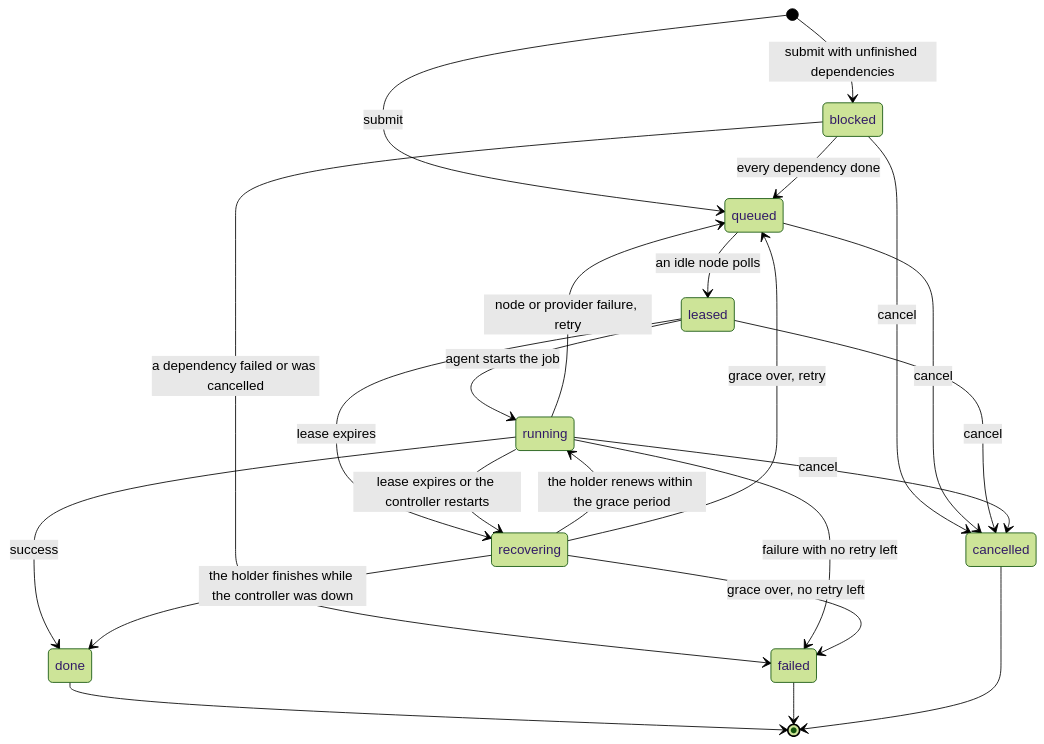
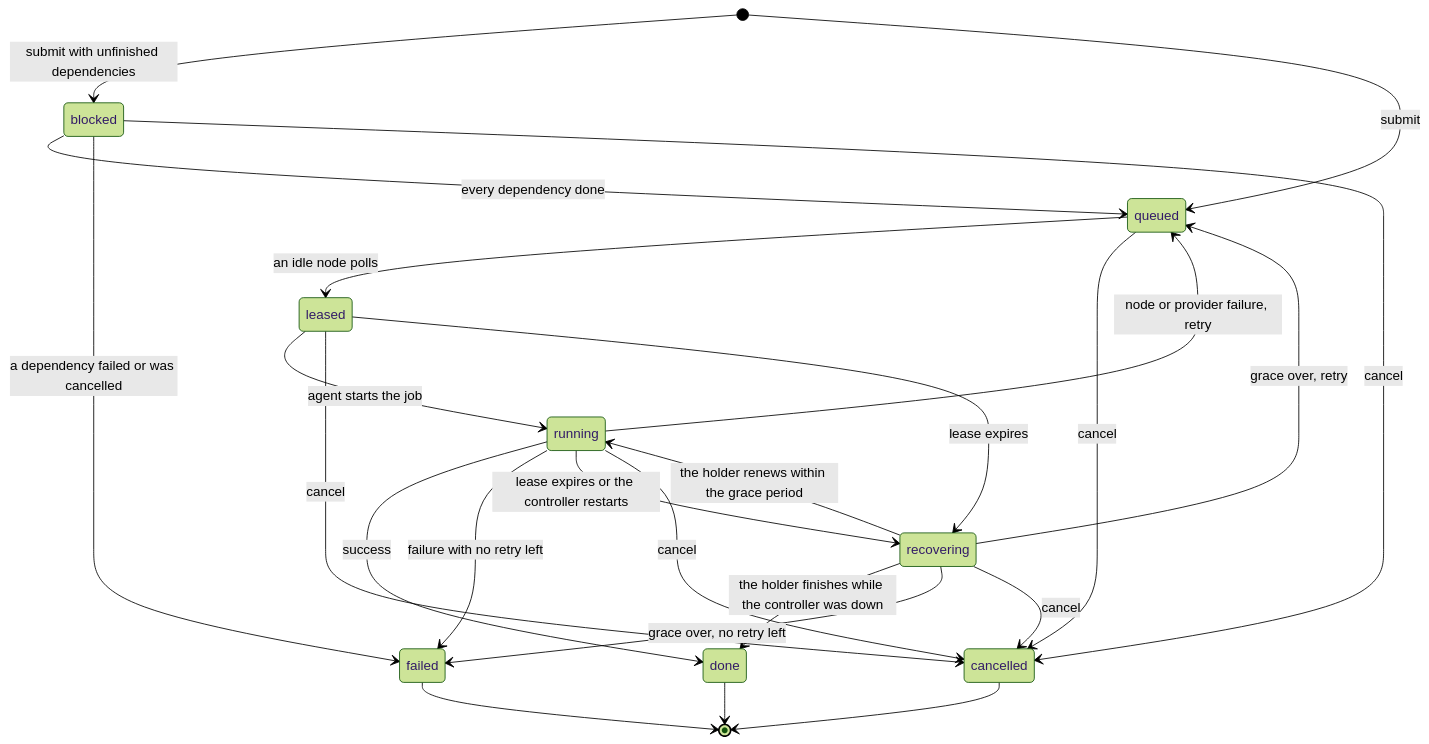
One commit to ddproxy/lu changed the diagram in docs/operations.md. Above: the diagram before and after it, drawn with Mermaid (forest theme). The commit also changed other lines of this file and 11 other files, not shown here.

````diff
--- a/docs/operations.md
+++ b/docs/operations.md
@@ -137,25 +137,26 @@
 ```mermaid
 stateDiagram-v2
     [*] --> blocked: submit with unfinished dependencies
     [*] --> queued: submit
     blocked --> queued: every dependency done
     blocked --> failed: a dependency failed or was cancelled
     blocked --> cancelled: cancel
     queued --> leased: an idle node polls
     queued --> cancelled: cancel
     leased --> running: agent starts the job
     leased --> cancelled: cancel
     leased --> recovering: lease expires
     running --> done: success
     running --> failed: failure with no retry left
     running --> queued: node or provider failure, retry
     running --> recovering: lease expires or the controller restarts
     running --> cancelled: cancel
     recovering --> running: the holder renews within the grace period
     recovering --> done: the holder finishes while the controller was down
     recovering --> queued: grace over, retry
     recovering --> failed: grace over, no retry left
+    recovering --> cancelled: cancel
     done --> [*]
     failed --> [*]
     cancelled --> [*]
 ```
````
